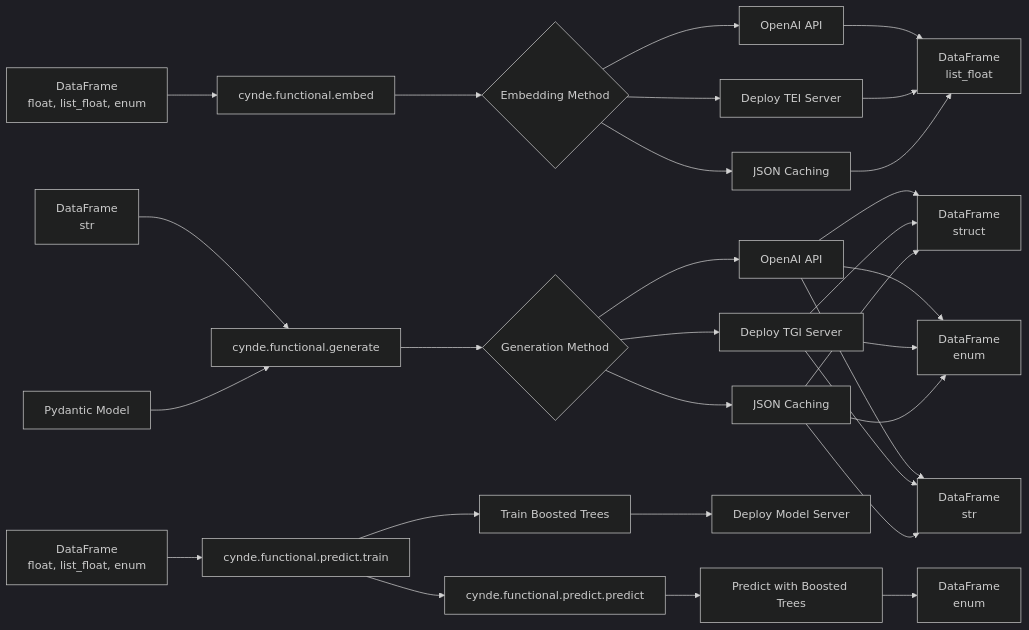
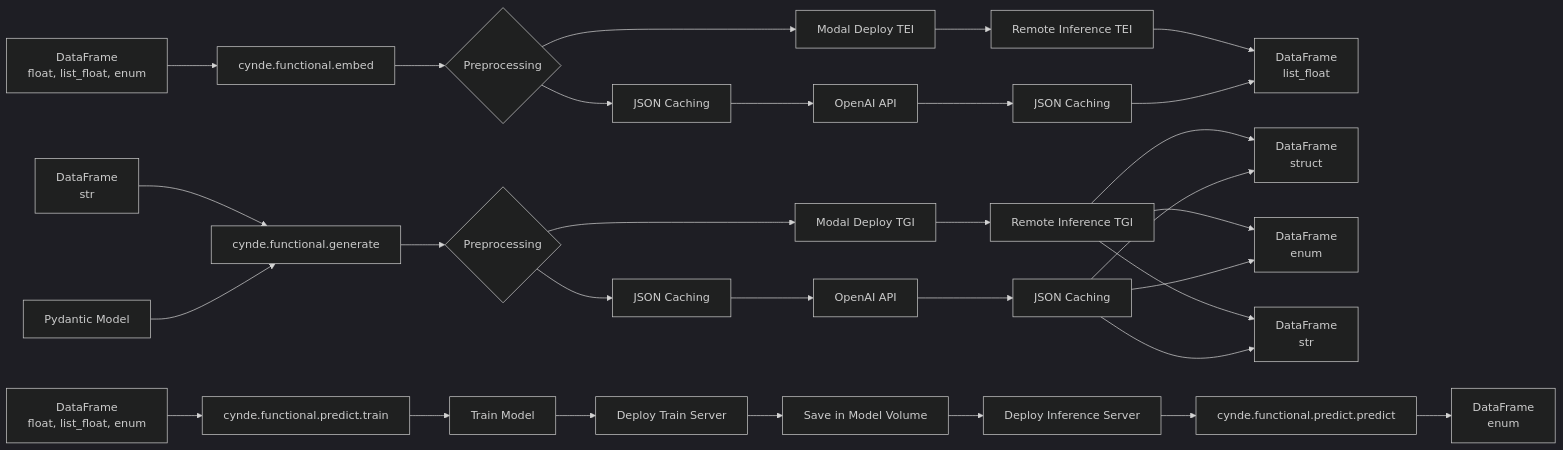
Before and after one commit to Neural-Dragon-AI/Cynde: the diagram in drawings.md, drawn with Mermaid (dark theme). The commit also changed other lines of this file, not shown here.

````diff
--- a/drawings.md
+++ b/drawings.md
@@ -3,37 +3,37 @@
 ```mermaid
 graph LR
     A[DataFrame<br>float, list_float, enum] --> B[cynde.functional.embed]
     C[DataFrame<br>str] --> D[cynde.functional.generate]
     E[DataFrame<br>float, list_float, enum] --> F[cynde.functional.predict.train]
-    F --> G[cynde.functional.predict.predict]
 
     H[Pydantic Model] --> D
 
-    B --> I{Embedding Method}
-    I --> J[OpenAI API]
-    I --> K[Deploy TEI Server]
-    I --> L[JSON Caching]
-    J --> M[DataFrame<br>list_float]
-    K --> M
-    L --> M
+    B --> I{Preprocessing}
+    I --> J[JSON Caching]
+    I --> K[Modal Deploy TEI]
+    J --> L[OpenAI API]
+    K --> M[Remote Inference TEI]
+    L --> N[JSON Caching]
+    M --> O[DataFrame<br>list_float]
+    N --> O
 
-    D --> N{Generation Method}
-    N --> O[OpenAI API]
-    N --> P[Deploy TGI Server]
-    N --> Q[JSON Caching]
-    O --> R[DataFrame<br>struct]
-    O --> S[DataFrame<br>enum]
-    O --> T[DataFrame<br>str]
-    P --> R
-    P --> S
-    P --> T
-    Q --> R
-    Q --> S
-    Q --> T
+    D --> P{Preprocessing}
+    P --> Q[JSON Caching]
+    P --> R[Modal Deploy TGI]
+    Q --> S[OpenAI API]
+    R --> T[Remote Inference TGI]
+    S --> U[JSON Caching]
+    T --> V[DataFrame<br>struct]
+    T --> W[DataFrame<br>enum]
+    T --> X[DataFrame<br>str]
+    U --> V
+    U --> W
+    U --> X
 
-    F --> U[Train Boosted Trees]
-    U --> V[Deploy Model Server]
-
-    G --> W[Predict with Boosted Trees]
-    W --> X[DataFrame<br>enum]
+    F --> Y[Train Model]
+    Y --> Z[Deploy Train Server]
+    Z --> AA[Save in Model Volume]
+    AA --> AB[Deploy Inference Server]
+    AB --> AC[cynde.functional.predict.predict]
+    AC --> AD[DataFrame<br>enum]
 ```
````
